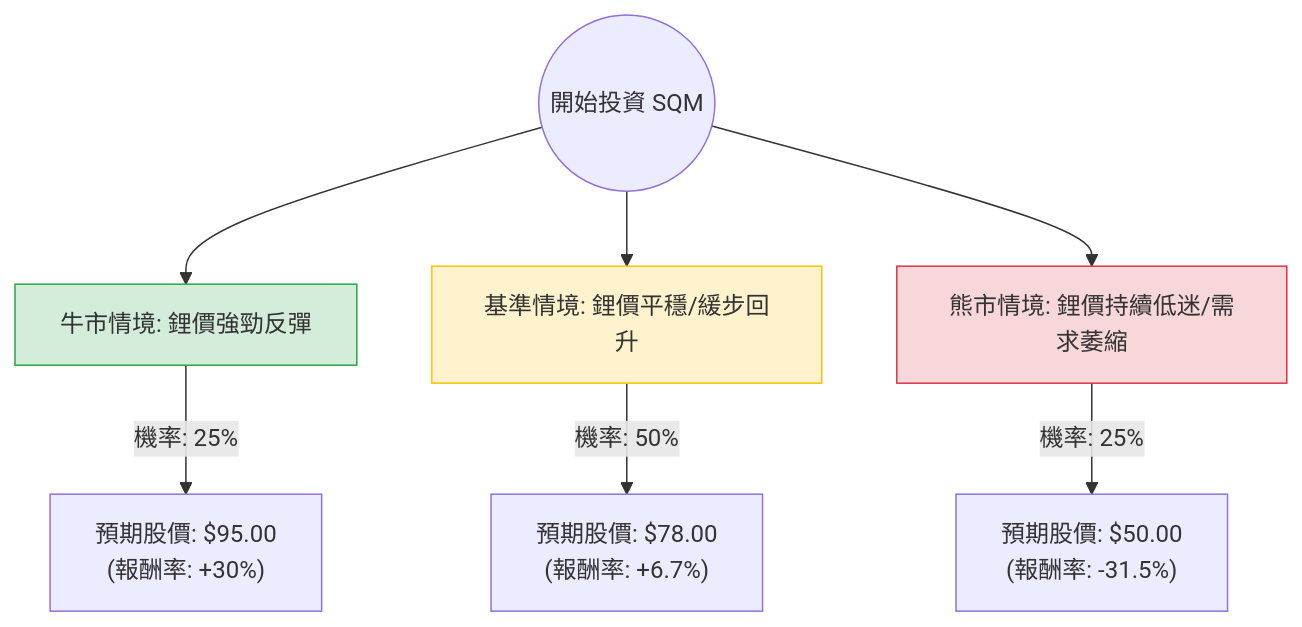
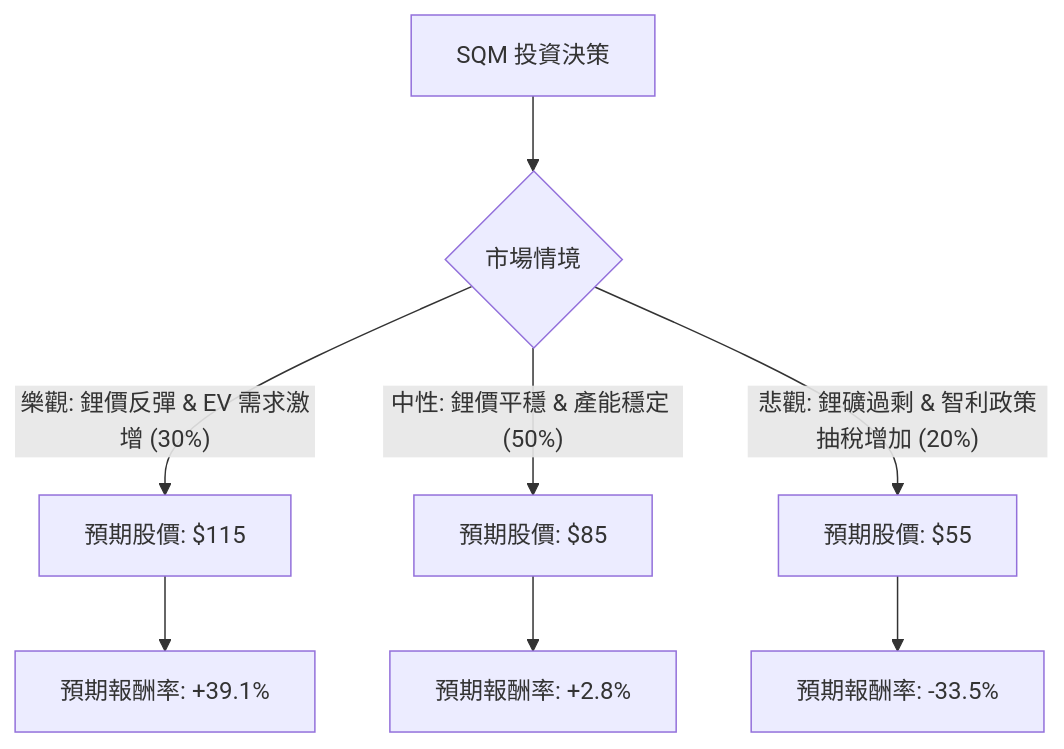
The diagram in plugin-react/ai-analysis/ev-analysis/SQM.md (zmcx16/zmcx16.github.io), drawn with Mermaid before and after one commit. The commit also changed other lines of this file and 70 other files, not shown here.

````diff
--- a/plugin-react/ai-analysis/ev-analysis/SQM.md
+++ b/plugin-react/ai-analysis/ev-analysis/SQM.md
@@ -19,14 +21,12 @@
 ```mermaid
 graph TD
-    Start((開始投資 SQM)) --> Bull[牛市情境: 鋰價強勁反彈]
-    Start --> Base[基準情境: 鋰價平穩/緩步回升]
-    Start --> Bear[熊市情境: 鋰價持續低迷/需求萎縮]
+    A[SQM 投資決策] --> B{市場情境}
+    
+    B -- 樂觀: 鋰價反彈 & EV 需求激增 (30%) --> C[預期股價: $115]
+    B -- 中性: 鋰價平穩 & 產能穩定 (50%) --> D[預期股價: $85]
+    B -- 悲觀: 鋰礦過剩 & 智利政策抽稅增加 (20%) --> E[預期股價: $55]
 
-    Bull -- "機率: 25%" --> Bull_Val["預期股價: $95.00 <br/> (報酬率: +30%)"]
-    Base -- "機率: 50%" --> Base_Val["預期股價: $78.00 <br/> (報酬率: +6.7%)"]
-    Bear -- "機率: 25%" --> Bear_Val["預期股價: $50.00 <br/> (報酬率: -31.5%)"]
-
-    style Bull fill:#d4edda,stroke:#28a745
-    style Base fill:#fff3cd,stroke:#ffc107
-    style Bear fill:#f8d7da,stroke:#dc3545
+    C --> F[預期報酬率: +39.1%]
+    D --> G[預期報酬率: +2.8%]
+    E --> H[預期報酬率: -33.5%]
 ```
````
